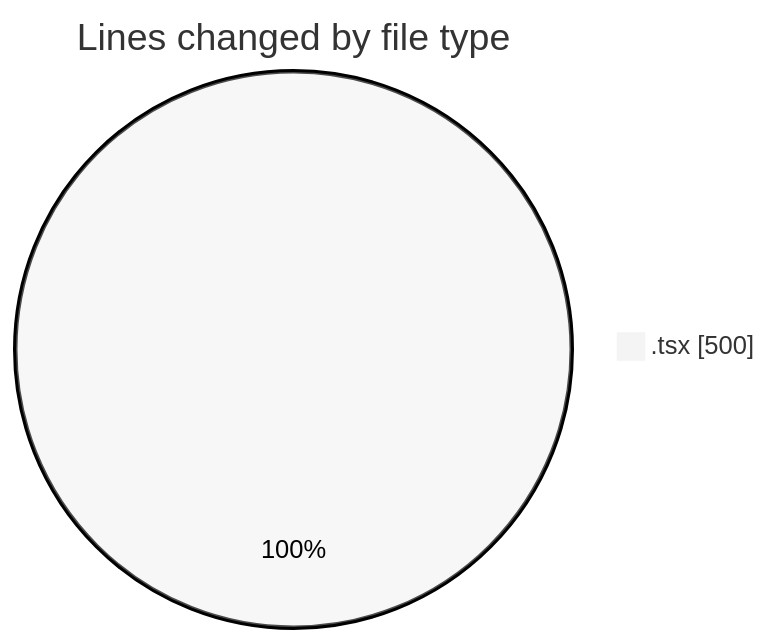
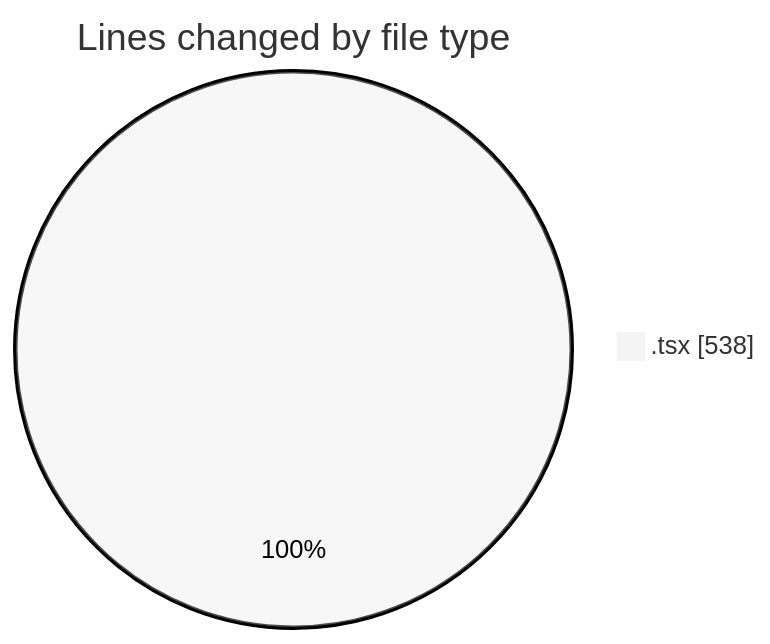
The first of 2 diagrams in 2026-02-02/nxtqube_webapp/README.md (nxtqubesakshisongat/code-tracking), drawn with Mermaid (neutral theme) before and after one commit. The commit also changed other lines of this file and 1 other file, not shown here.

````diff
--- a/2026-02-02/nxtqube_webapp/README.md
+++ b/2026-02-02/nxtqube_webapp/README.md
@@ -20,5 +20,5 @@
 ```mermaid
 pie showData
 title Lines changed by file type
-".tsx" : 500
+".tsx" : 538
 ```
````
